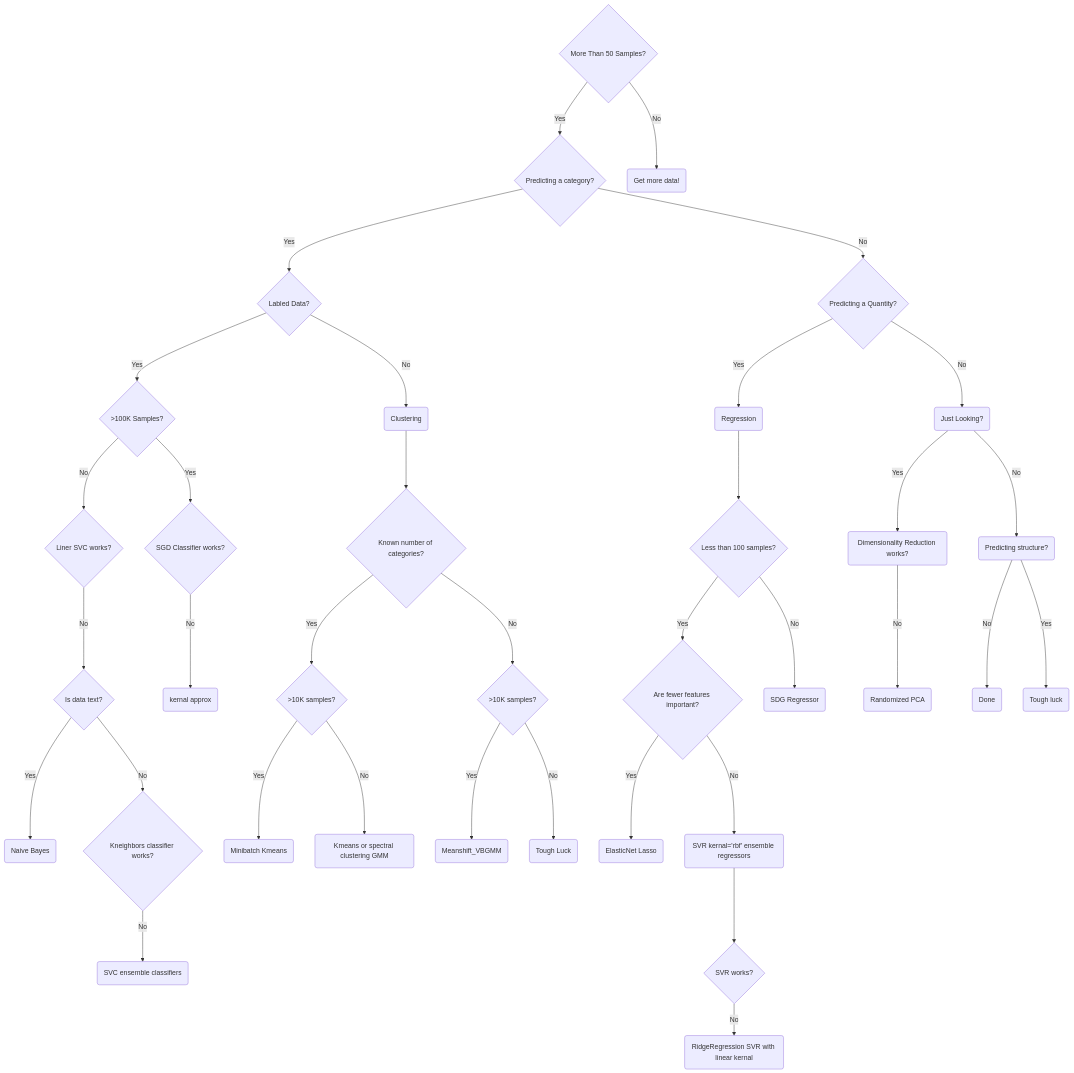
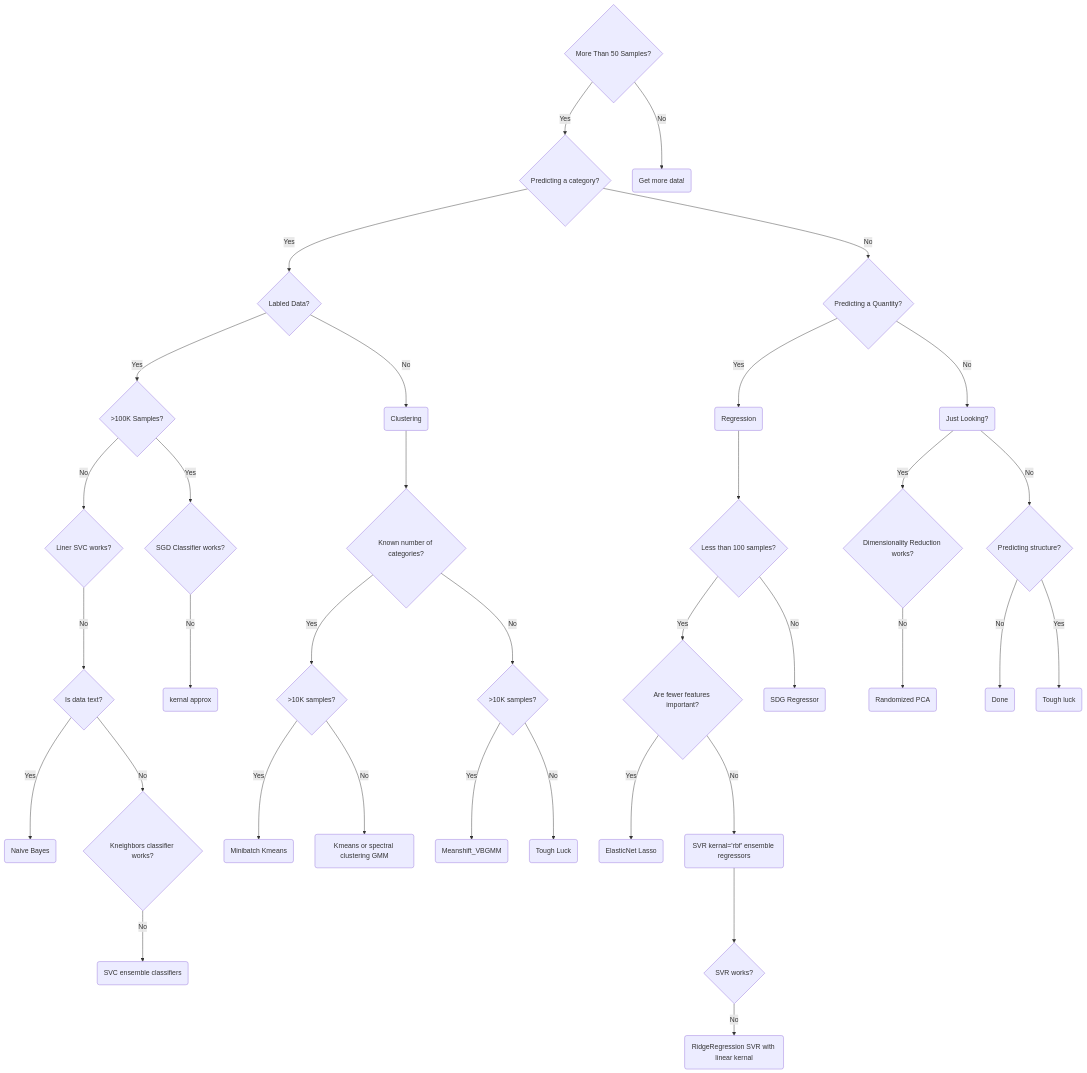
The diagram in ML_Cheatsheet.md (hwetsman/Public_Notes), drawn with Mermaid before and after one commit.

Commit message:
added all diamonds

````diff
--- a/ML_Cheatsheet.md
+++ b/ML_Cheatsheet.md
@@ -1,74 +1,74 @@
 ```mermaid
 flowchart TD
 id1{More Than 50 Samples?}
   id2{Predicting a category?}
     id1-->|Yes|id2
     id4{Labled Data?}
       id2-->|Yes|id4
       id6{>100K Samples?}
         id4-->|Yes|id6
         id14(Clustering)
         id15{Known number of categories?}
           id16{>10K samples?}
           id17{>10K samples?}
           id15-->|Yes|id16
             id20(Meanshift_VBGMM)
             id98(Tough Luck)
             id17-->|Yes|id20
             id17-->|No|id98
           id15-->|No|id17
             id18(Minibatch Kmeans)
             id19(Kmeans or spectral clustering GMM)
             id16-->|Yes|id18
             id16-->|No|id19
         id14-->id15
         id4-->|No|id14
         id7{Liner SVC works?}
         id6-->|No|id7
         id8{SGD Classifier works?}
           id13(kernal approx)
           id8-->|No|id13
         id6-->|Yes|id8
           id9{Is data text?}
           id7-->|No|id9
             id10(Naive Bayes)
             id9-->|Yes|id10
             id11{Kneighbors classifier works?}
             id9-->|No|id11
               id12(SVC ensemble classifiers)
               id11-->|No|id12
               id99(Done)
 
     id5{Predicting a Quantity?}
       id2-->|No|id5
       id30(Regression)
         id32{Less than 100 samples?}
           id33{Are fewer features important?}
             id32-->|Yes|id33
             id34(ElasticNet Lasso)
               id33-->|Yes|id34
             id35(SVR kernal='rbf' ensemble regressors)
               id33-->|No|id35
             id36{SVR works?}
               id35-->id36
             id37(RidgeRegression SVR with linear kernal)
               id36-->|No|id37
         id38(SDG Regressor)
           id32-->|No|id38
       id31(Just Looking?)
         id5-->|Yes|id30
         id30-->id32
         id5-->|No|id31
-        id40(Dimensionality Reduction works?)
+        id40{Dimensionality Reduction works?}
           id31-->|Yes|id40
         id41(Randomized PCA)
           id40-->|No|id41
-        id42(Predicting structure?)
+        id42{Predicting structure?}
         id31-->|No|id42
           id42-->|No|id99
           id97(Tough luck)
           id42-->|Yes|id97
 
   id3(Get more data!)
     id1-->|No|id3
 ```
````
